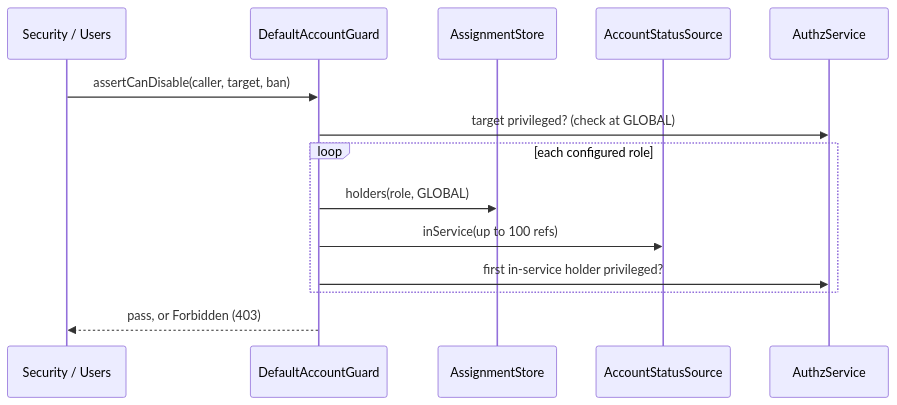
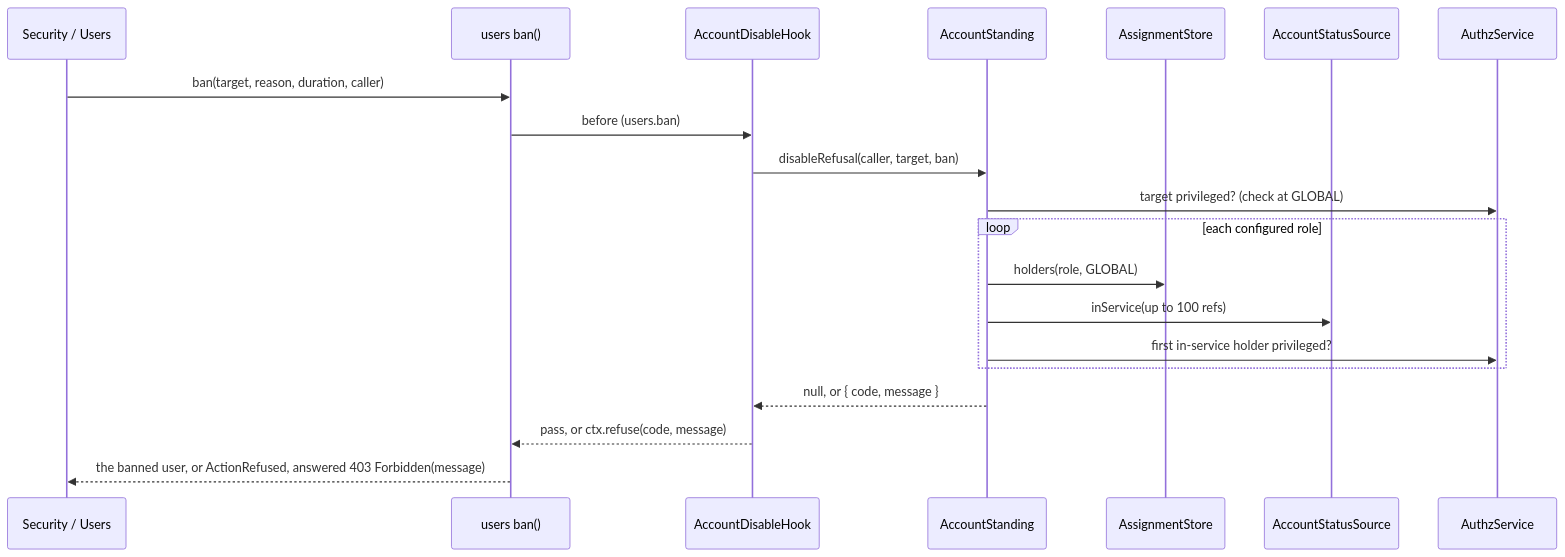
One commit to spinajs/main changed the diagram in docs/users-http/08-account-guard.md. Above: the diagram before and after it, drawn with Mermaid. The commit also changed other lines of this file and 29 other files, not shown here.

First line of the commit message:
docs: the credential admin rule, the account disable hook, the registration mail hook and the token profile hook

````diff
--- a/docs/users-http/08-account-guard.md
+++ b/docs/users-http/08-account-guard.md
@@ -45,16 +57,22 @@
 ```mermaid
 sequenceDiagram
   participant R as Security / Users
-  participant G as DefaultAccountGuard
+  participant U as users ban()
+  participant H as AccountDisableHook
+  participant G as AccountStanding
   participant S as AssignmentStore
   participant A as AccountStatusSource
   participant Z as AuthzService
-  R->>G: assertCanDisable(caller, target, ban)
+  R->>U: ban(target, reason, duration, caller)
+  U->>H: before (users.ban)
+  H->>G: disableRefusal(caller, target, ban)
   G->>Z: target privileged? (check at GLOBAL)
   loop each configured role
     G->>S: holders(role, GLOBAL)
     G->>A: inService(up to 100 refs)
     G->>Z: first in-service holder privileged?
   end
-  G-->>R: pass, or Forbidden (403)
+  G-->>H: null, or { code, message }
+  H-->>U: pass, or ctx.refuse(code, message)
+  U-->>R: the banned user, or ActionRefused, answered 403 Forbidden(message)
 ```
````
